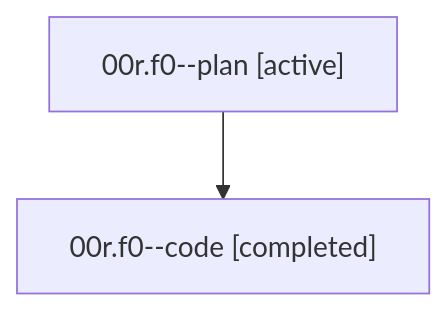
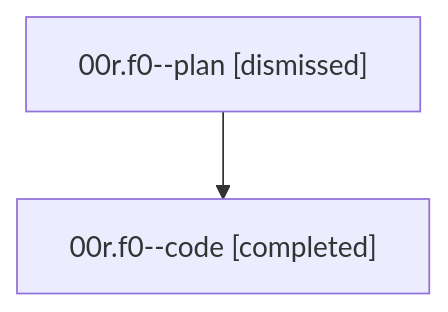
The diagram in sessions/bbugyi200.athena.00r.f0.md (bobs-org/bob-cli--agents), drawn with Mermaid before and after one commit. The commit also changed other lines of this file and 62 other files, not shown here.

````diff
--- a/sessions/bbugyi200.athena.00r.f0.md
+++ b/sessions/bbugyi200.athena.00r.f0.md
@@ -9,6 +9,6 @@
 ```mermaid
 flowchart TD
-  n0["00r.f0--plan [active]"]
+  n0["00r.f0--plan [dismissed]"]
   n1["00r.f0--code [completed]"]
   n0 --> n1
 ```
````
